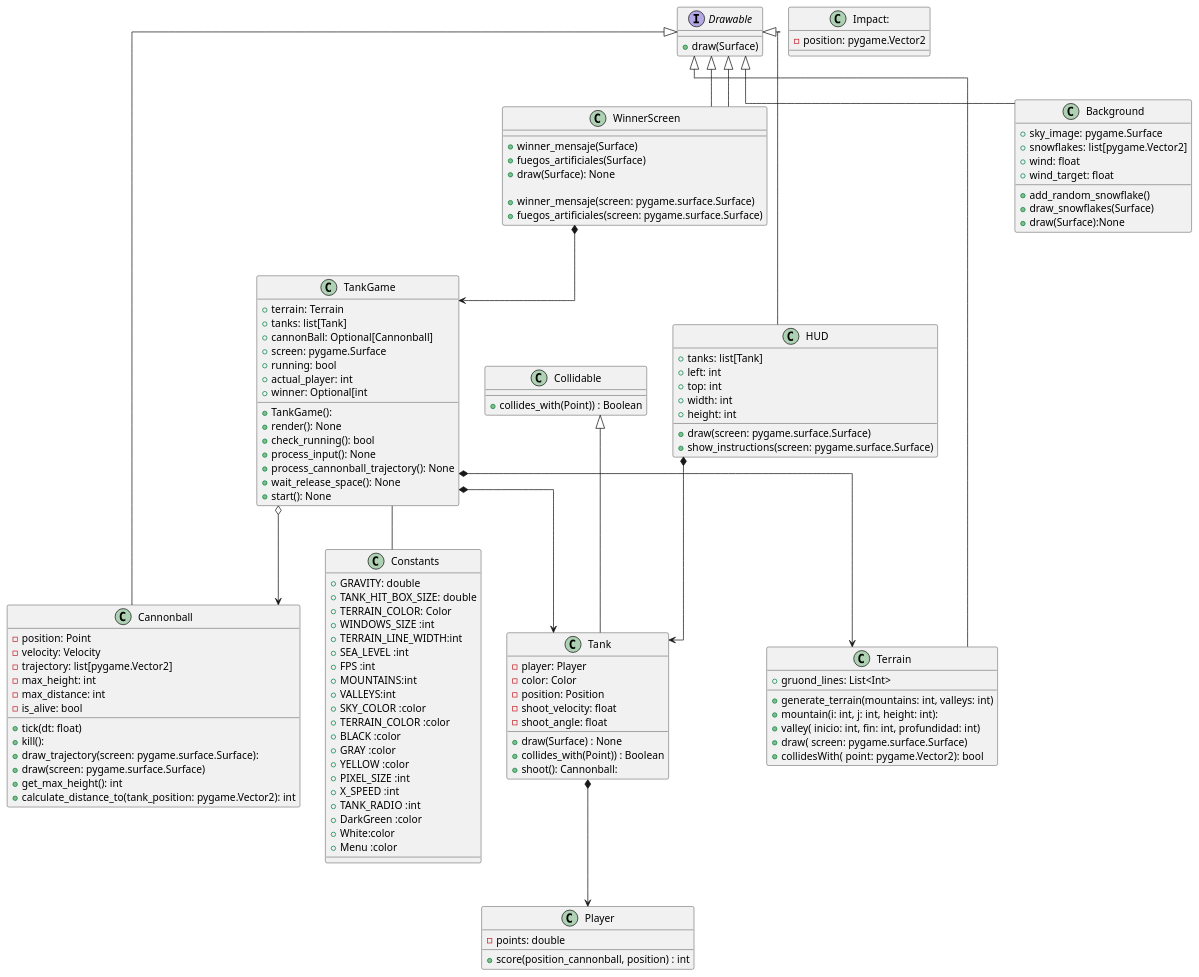
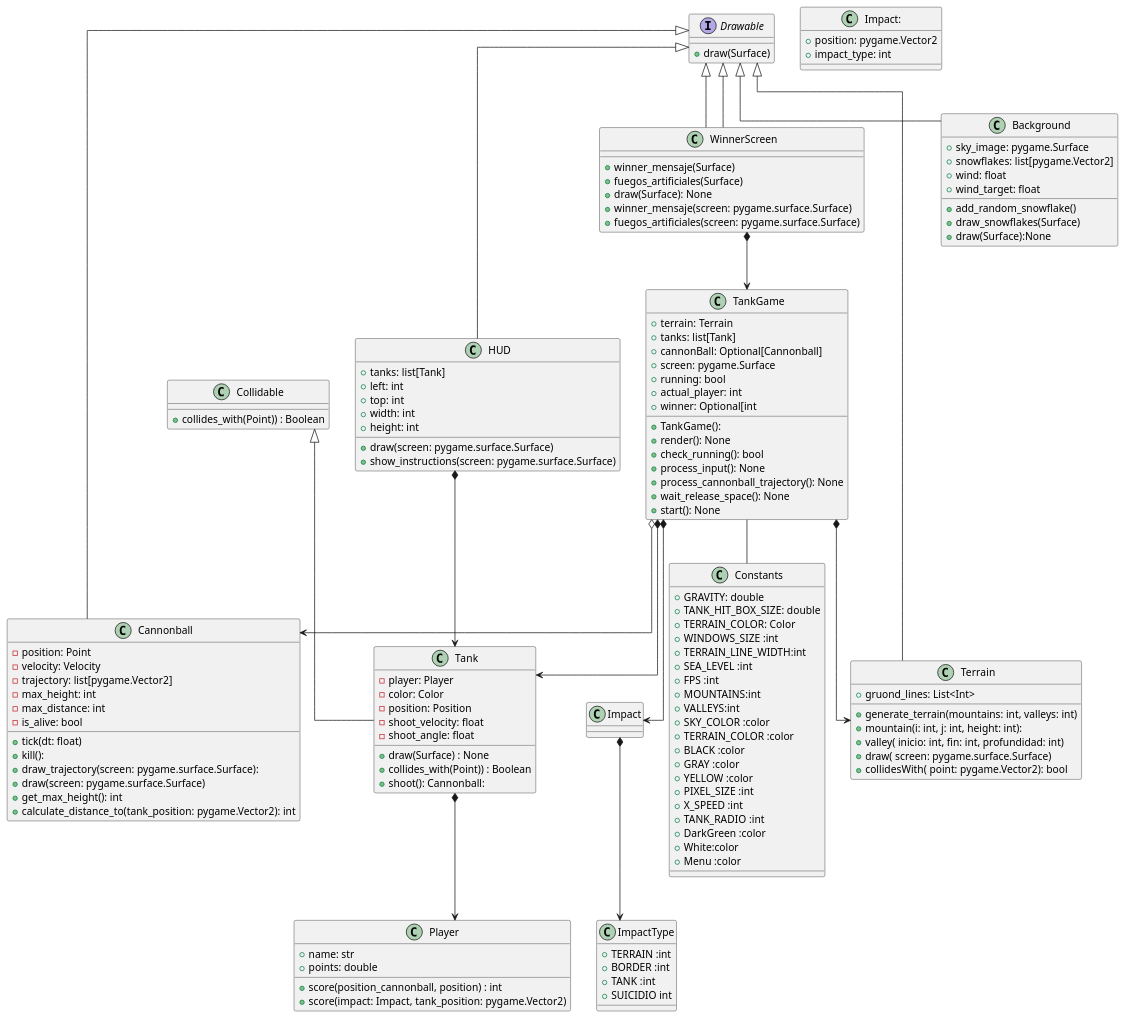
The diagram in uml/entire.plantuml (fraco-oxza/tankGame), drawn with PlantUML before and after one commit. The commit also changed 1 other file, not shown here.

Commit message:
Arreglando el diagrama de clases

```diff
--- a/uml/entire.plantuml
+++ b/uml/entire.plantuml
@@ -1,147 +1,156 @@
 @startuml
 
 top to bottom direction
 skinparam linetype ortho
 
 ' Fco
 class TankGame {
     + terrain: Terrain
     + tanks: list[Tank]
     + cannonBall: Optional[Cannonball]
     + screen: pygame.Surface
     + running: bool
     + actual_player: int
     + winner: Optional[int
 
     + TankGame():
     + render(): None
     + check_running(): bool
     + process_input(): None
     + process_cannonball_trajectory(): None
     + wait_release_space(): None
     + start(): None
 
 }
 
 class Cannonball extends Drawable {
     - position: Point
     - velocity: Velocity
     - trajectory: list[pygame.Vector2]
     - max_height: int
     - max_distance: int
     - is_alive: bool
 
     +tick(dt: float)
     +kill():
     +draw_trajectory(screen: pygame.surface.Surface):
     +draw(screen: pygame.surface.Surface)
     +get_max_height(): int
     +calculate_distance_to(tank_position: pygame.Vector2): int
 
 
 
 }
 
 interface Drawable {
     + draw(Surface)
 }
 
 class HUD extends Drawable{
     + tanks: list[Tank]
     + left: int
     + top: int
     + width: int
     + height: int
  +draw(screen: pygame.surface.Surface)
  +show_instructions(screen: pygame.surface.Surface)
 
  }
 class WinnerScreen extends Drawable{
     +winner_mensaje(Surface)
     +fuegos_artificiales(Surface)
     +draw(Surface): None
-
 }
 
 class Terrain extends Drawable {
     +gruond_lines: List<Int>
 
     + generate_terrain(mountains: int, valleys: int)
     +mountain(i: int, j: int, height: int):
     +valley( inicio: int, fin: int, profundidad: int)
     +draw( screen: pygame.surface.Surface)
     +collidesWith( point: pygame.Vector2): bool
 }
 class Collidable {
  +collides_with(Point)) : Boolean
 }
 
 class Background extends Drawable{
     +sky_image: pygame.Surface
     +snowflakes: list[pygame.Vector2]
     +wind: float
     +wind_target: float
 
     + add_random_snowflake()
     + draw_snowflakes(Surface)
     +draw(Surface):None
 }
 class Tank extends Collidable  {
     - player: Player
     - color: Color
     - position: Position
     -shoot_velocity: float
     -shoot_angle: float
 
     +draw(Surface) : None
     +collides_with(Point)) : Boolean
     +shoot(): Cannonball:
 }
 
 class Player {
-    - points: double
+    +name: str
+    + points: double
     +score(position_cannonball, position) : int
+    +score(impact: Impact, tank_position: pygame.Vector2)
 }
 class WinnerScreen extends Drawable
 {
     +winner_mensaje(screen: pygame.surface.Surface)
     +fuegos_artificiales(screen: pygame.surface.Surface)
 }
 class Impact:
 {
-    -position: pygame.Vector2
+    +position: pygame.Vector2
+    +impact_type: int
 
 }
 
 class Constants {
     + GRAVITY: double
     + TANK_HIT_BOX_SIZE: double
     + TERRAIN_COLOR: Color
     + WINDOWS_SIZE :int
     + TERRAIN_LINE_WIDTH:int
     + SEA_LEVEL :int
     + FPS :int
     +MOUNTAINS:int
     +VALLEYS:int
     +SKY_COLOR :color
     +TERRAIN_COLOR :color
     +BLACK :color
     +GRAY :color
     +YELLOW :color
     +PIXEL_SIZE :int
     +X_SPEED :int
     +TANK_RADIO :int
     +DarkGreen :color
     +White:color
     +Menu :color
 }
-
+class ImpactType{
+    +TERRAIN :int
+    +BORDER :int
+    +TANK :int
+    +SUICIDIO int
+}
 TankGame -- Constants
 WinnerScreen *-->  TankGame
 TankGame *--> Tank
 TankGame o--> Cannonball
 TankGame *--> Terrain
 Tank *--> Player
 HUD *--> Tank
+Impact *-->ImpactType
+TankGame *-->Impact
 
 @enduml
```
